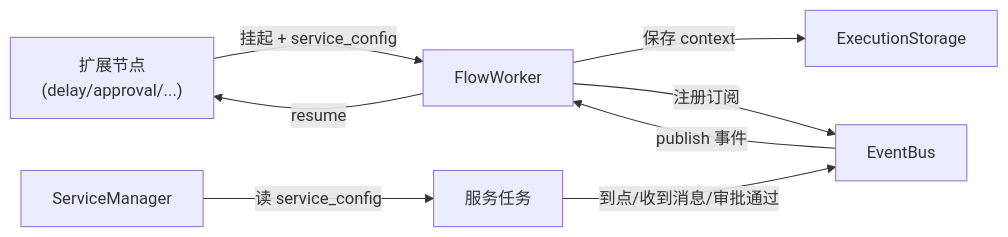
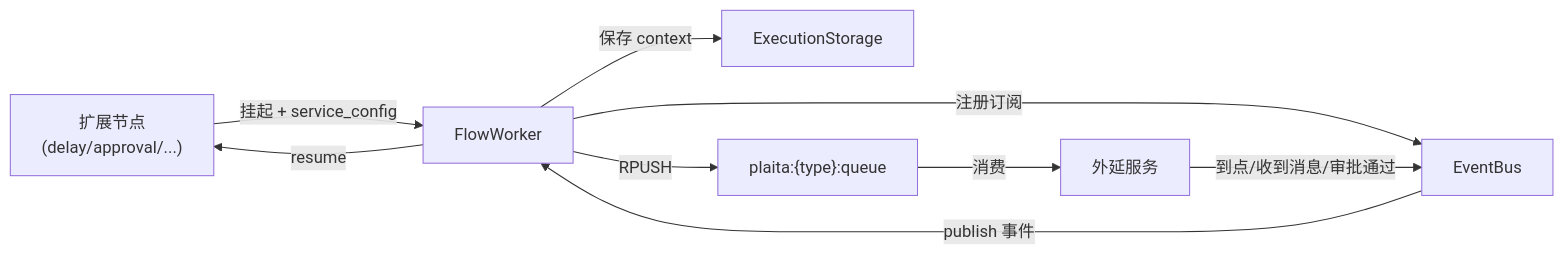
Before and after one commit to jeffkit/plaita: the diagram in docs-site/docs/distributed/services.md, drawn with Mermaid. The commit also changed other lines of this file and 5 other files, not shown here.

First line of the commit message:
self-improve: #56 fix(services): 挂起任务派发的唯一消费者是 delay——approval（以及 http_callback/redis_queue/kafka_queue）任务 RPUSH 进 plaita:{subtype}:queue 后无人消费，审批节点必然永久挂起（无订阅超时兜底）

````diff
--- a/docs-site/docs/distributed/services.md
+++ b/docs-site/docs/distributed/services.md
@@ -32,10 +32,11 @@
 ```mermaid
 flowchart LR
     N["扩展节点<br/>(delay/approval/...)"] -->|挂起 + service_config| FW["FlowWorker"]
     FW -->|保存 context| ES["ExecutionStorage"]
     FW -->|注册订阅| EB["EventBus"]
-    SM["ServiceManager"] -->|读 service_config| SC["服务任务"]
+    FW -->|RPUSH| Q["plaita:{type}:queue"]
+    Q -->|消费| SC["外延服务"]
     SC -->|到点/收到消息/审批通过| EB
     EB -->|publish 事件| FW
     FW -->|resume| N
 ```
````
